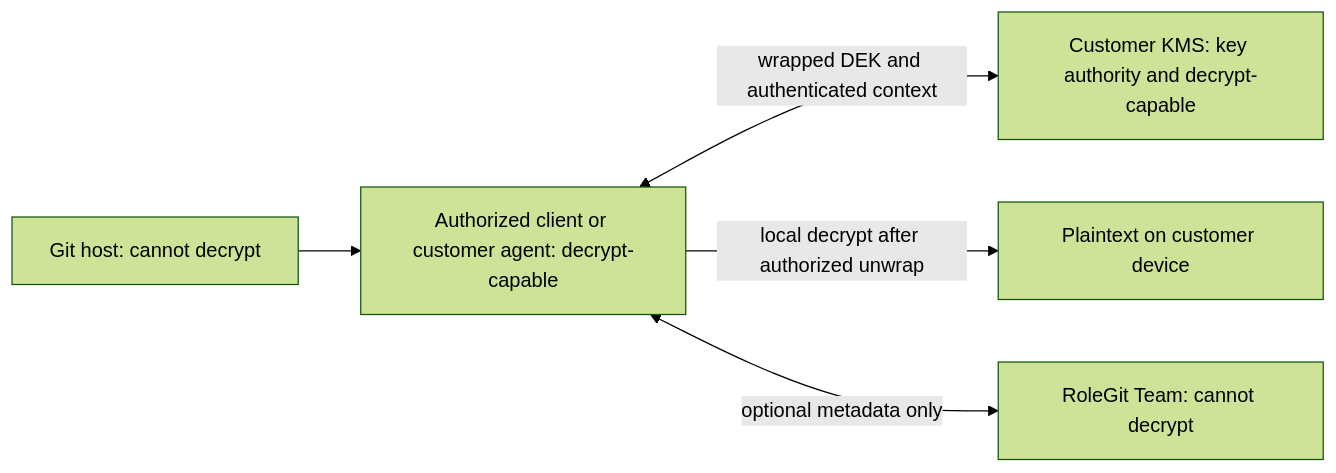
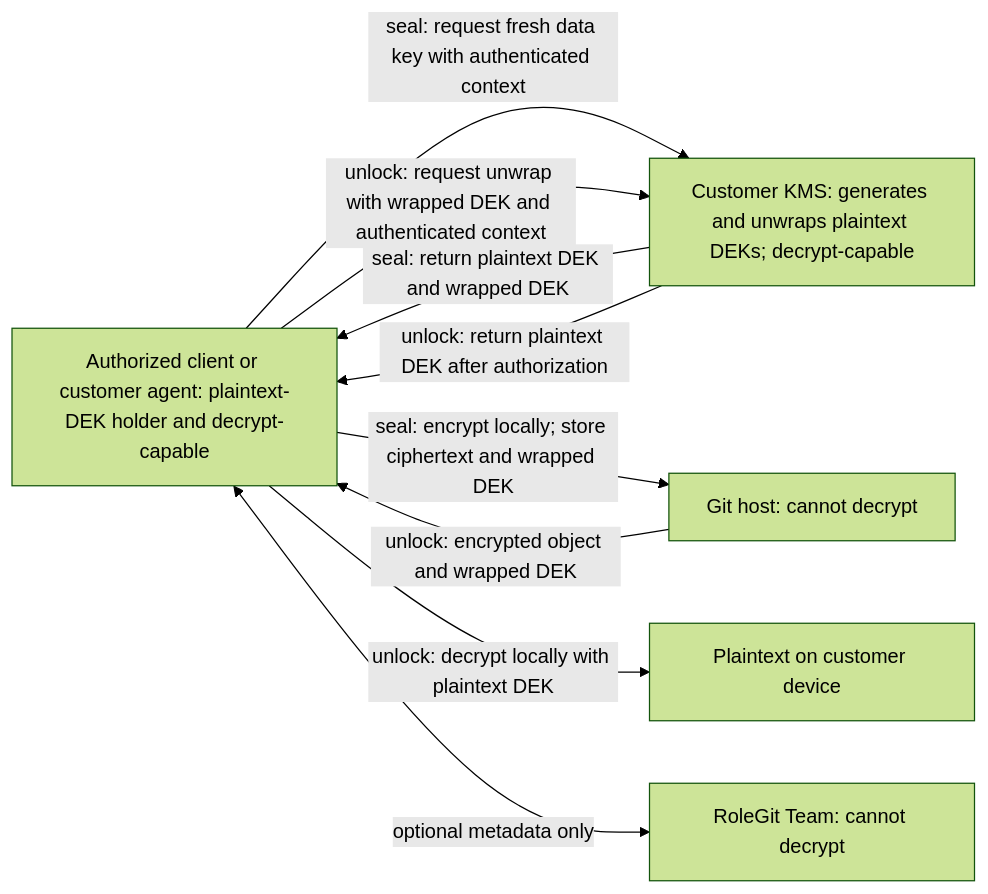
The third of 6 diagrams in docs/adr/0001-product-modes-and-trust-boundaries.md (cosentinode/rolegit), drawn with Mermaid (forest theme) before and after one commit. The commit also changed other lines of this file and 3 other files, not shown here.

Commit message:
docs: clarify enterprise key flows

````diff
--- a/docs/adr/0001-product-modes-and-trust-boundaries.md
+++ b/docs/adr/0001-product-modes-and-trust-boundaries.md
@@ -155,7 +158,11 @@
 ```mermaid
 flowchart LR
-    G[Git host: cannot decrypt] --> D[Authorized client or customer agent: decrypt-capable]
-    D <-->|wrapped DEK and authenticated context| K[Customer KMS: key authority and decrypt-capable]
-    D -->|local decrypt after authorized unwrap| P[Plaintext on customer device]
+    D[Authorized client or customer agent: plaintext-DEK holder and decrypt-capable] -->|seal: request fresh data key with authenticated context| K[Customer KMS: generates and unwraps plaintext DEKs; decrypt-capable]
+    K -->|seal: return plaintext DEK and wrapped DEK| D
+    D -->|seal: encrypt locally; store ciphertext and wrapped DEK| G[Git host: cannot decrypt]
+    G -->|unlock: encrypted object and wrapped DEK| D
+    D -->|unlock: request unwrap with wrapped DEK and authenticated context| K
+    K -->|unlock: return plaintext DEK after authorization| D
+    D -->|unlock: decrypt locally with plaintext DEK| P[Plaintext on customer device]
     D <-->|optional metadata only| T[RoleGit Team: cannot decrypt]
 ```
````
